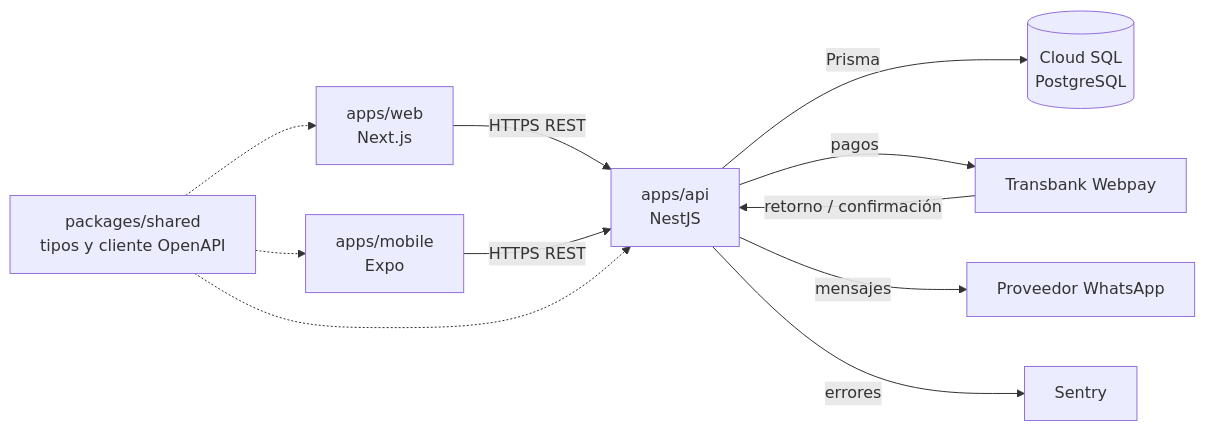
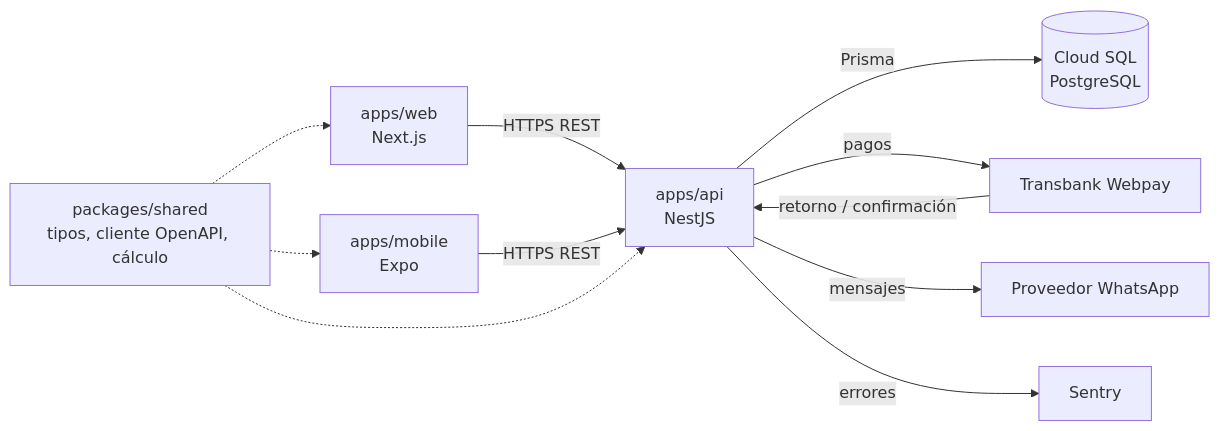
Before and after one commit to misterexcel/ComVive: the first of 2 diagrams in docs/arquitectura.md, drawn with Mermaid. The commit also changed other lines of this file and 3 other files, not shown here.

````diff
--- a/docs/arquitectura.md
+++ b/docs/arquitectura.md
@@ -22,13 +23,13 @@
 ```mermaid
 flowchart LR
   W[apps/web<br/>Next.js] -->|HTTPS REST| A[apps/api<br/>NestJS]
   M[apps/mobile<br/>Expo] -->|HTTPS REST| A
-  S[packages/shared<br/>tipos y cliente OpenAPI] -.-> W
+  S[packages/shared<br/>tipos, cliente OpenAPI, cálculo] -.-> W
   S -.-> M
   S -.-> A
   A -->|Prisma| DB[(Cloud SQL<br/>PostgreSQL)]
   A -->|pagos| TB[Transbank Webpay]
   A -->|mensajes| WA[Proveedor WhatsApp]
   A -->|errores| SE[Sentry]
   TB -->|retorno / confirmación| A
 ```
````
